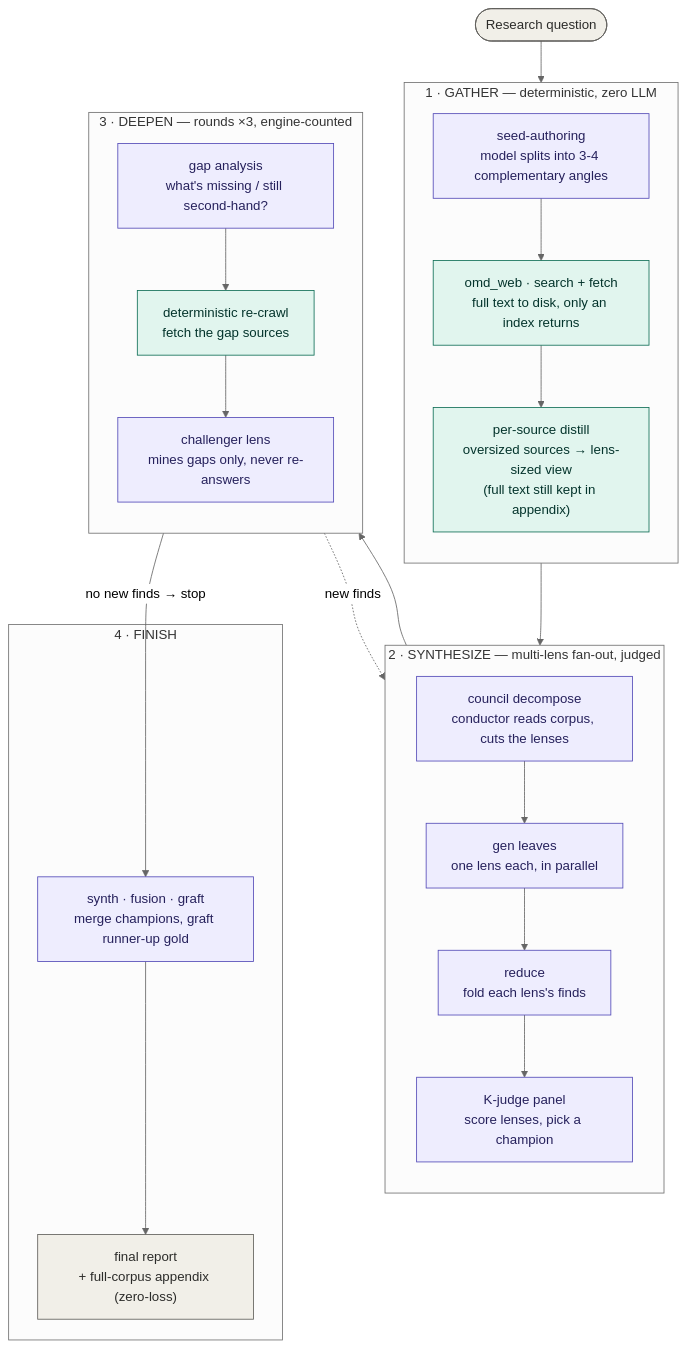
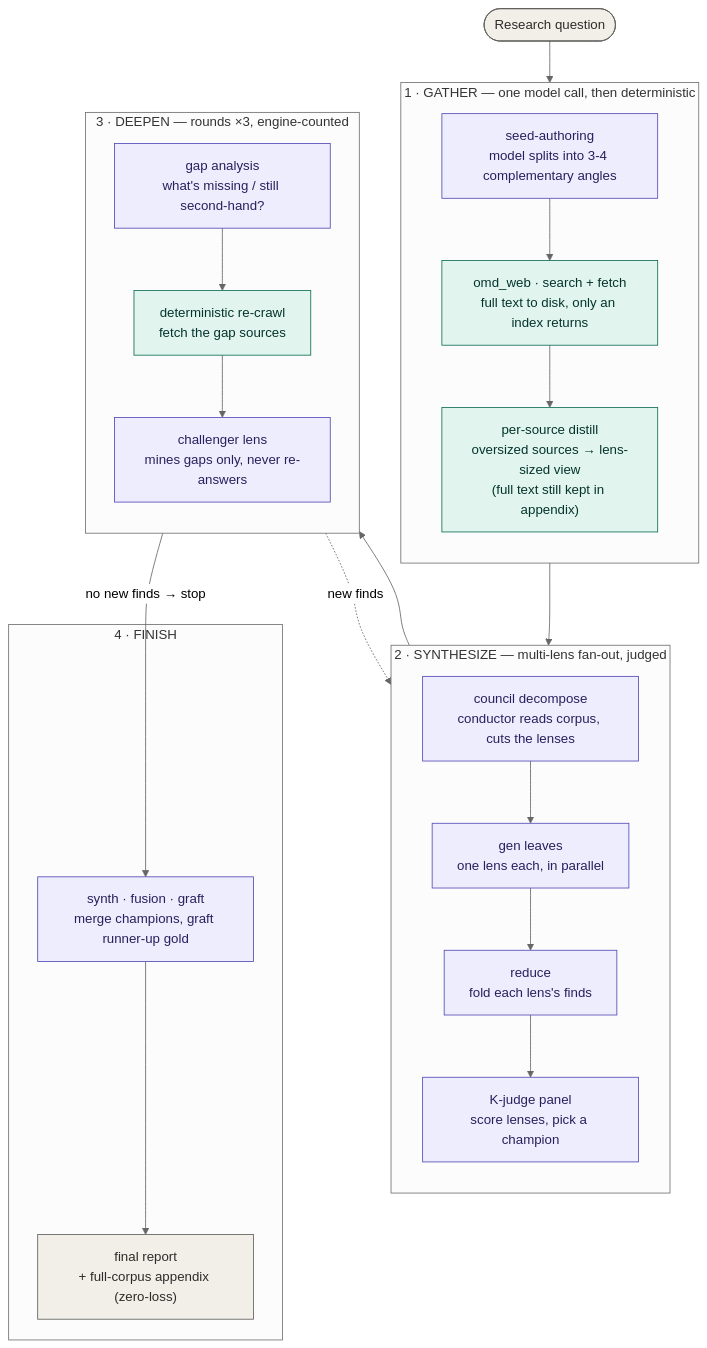
The diagram in docs/guide/deep-research.md (AbyssCN/oh-my-dag), drawn with Mermaid (neutral theme) before and after one commit. The commit also changed other lines of this file and 3 other files, not shown here.

First line of the commit message:
docs: 中文长文 + 修一处 zero-LLM 不实 + 公开仓描述/topics

````diff
--- a/docs/guide/deep-research.md
+++ b/docs/guide/deep-research.md
@@ -38,48 +38,48 @@
 ```mermaid
 flowchart TB
   Q(["Research question"])
 
-  subgraph GATHER["1 · GATHER — deterministic, zero LLM"]
+  subgraph GATHER["1 · GATHER — one model call, then deterministic"]
     direction TB
     SEED["seed-authoring<br/>model splits into 3-4 complementary angles"]
     WEB["omd_web · search + fetch<br/>full text to disk, only an index returns"]
     CLEAN["per-source distill<br/>oversized sources → lens-sized view<br/>(full text still kept in appendix)"]
     SEED --> WEB --> CLEAN
   end
 
   subgraph SYNTH["2 · SYNTHESIZE — multi-lens fan-out, judged"]
     direction TB
     COUNCIL["council decompose<br/>conductor reads corpus, cuts the lenses"]
     GEN["gen leaves<br/>one lens each, in parallel"]
     RED["reduce<br/>fold each lens's finds"]
     JUDGE["K-judge panel<br/>score lenses, pick a champion"]
     COUNCIL --> GEN --> RED --> JUDGE
   end
 
   subgraph DEEPEN["3 · DEEPEN — rounds ×3, engine-counted"]
     direction TB
     GAP["gap analysis<br/>what's missing / still second-hand?"]
     PROBE["deterministic re-crawl<br/>fetch the gap sources"]
     CHAL["challenger lens<br/>mines gaps only, never re-answers"]
     GAP --> PROBE --> CHAL
   end
 
   subgraph FINISH["4 · FINISH"]
     FUSE["synth · fusion · graft<br/>merge champions, graft runner-up gold"]
     DOC["final report<br/>+ full-corpus appendix (zero-loss)"]
     FUSE --> DOC
   end
 
   Q --> SEED
   CLEAN --> COUNCIL
   JUDGE --> GAP
   CHAL -->|no new finds → stop| FUSE
   CHAL -.->|new finds| COUNCIL
 
   classDef zero fill:#E1F5EE,stroke:#0F6E56,color:#04342C
   classDef llm fill:#EEEDFE,stroke:#534AB7,color:#26215C
   classDef infra fill:#F1EFE8,stroke:#5F5E5A,color:#2C2C2A
   class WEB,CLEAN,PROBE zero
   class SEED,COUNCIL,GEN,RED,JUDGE,GAP,CHAL,FUSE llm
   class Q,DOC infra
 ```
````
